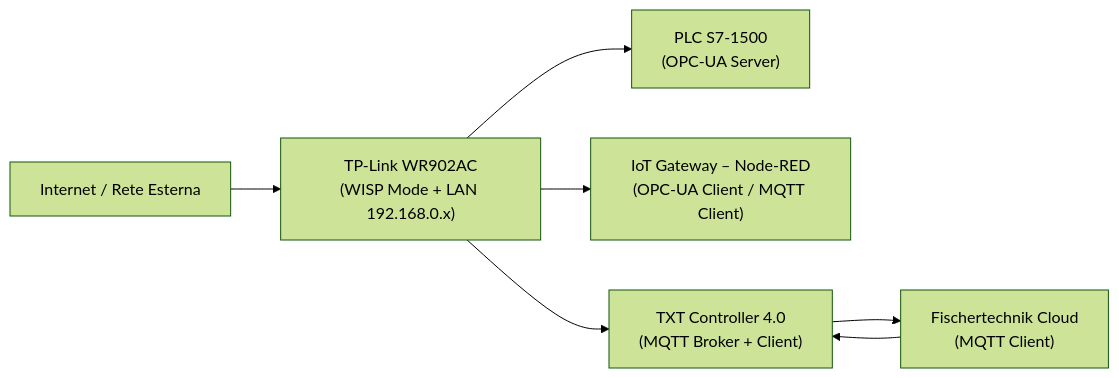
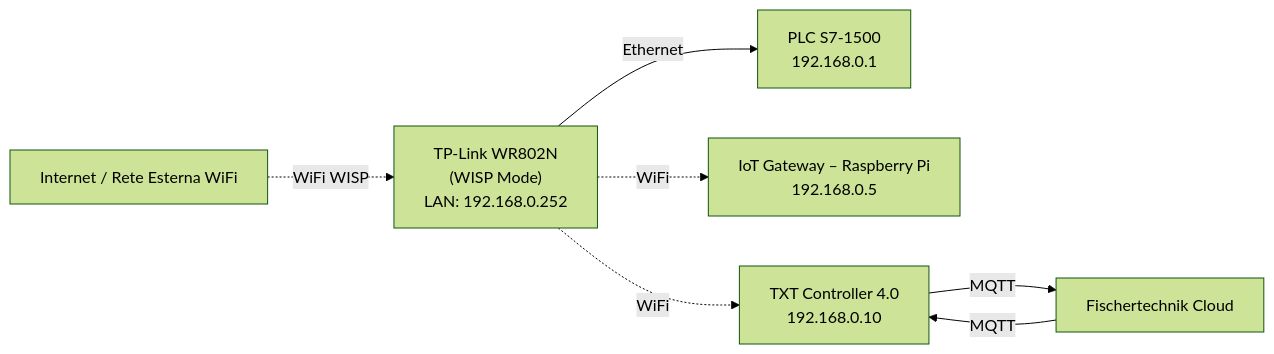
Before and after one commit to Youss-elji/my-vault: the diagram in microfactory-fischertechnik/02_Componenti_Hardware/02.10_TPLink_Router_WR902AC.md.md, drawn with Mermaid (forest theme). The commit also changed other lines of this file and 45 other files, not shown here.

````diff
--- a/microfactory-fischertechnik/02_Componenti_Hardware/02.10_TPLink_Router_WR902AC.md.md
+++ b/microfactory-fischertechnik/02_Componenti_Hardware/02.10_TPLink_Router_WR902AC.md.md
@@ -109,19 +167,18 @@
 ```mermaid
 flowchart LR
-  INTERNET["Internet / Rete Esterna"]
-  ROUTER["TP-Link WR902AC<br>(WISP Mode + LAN 192.168.0.x)"]
-  PLC["PLC S7-1500<br>(OPC-UA Server)"]
-  GATEWAY["IoT Gateway – Node-RED<br>(OPC-UA Client / MQTT Client)"]
-  TXT["TXT Controller 4.0<br>(MQTT Broker + Client)"]
-  CLOUD["Fischertechnik Cloud<br>(MQTT Client)"]
+  INTERNET["Internet / Rete Esterna WiFi"]
+  ROUTER["TP-Link WR802N<br>(WISP Mode)<br>LAN: 192.168.0.252"]
+  PLC["PLC S7-1500<br>192.168.0.1"]
+  GATEWAY["IoT Gateway – Raspberry Pi<br>192.168.0.5"]
+  TXT["TXT Controller 4.0<br>192.168.0.10"]
+  CLOUD["Fischertechnik Cloud"]
 
-  INTERNET --> ROUTER
+  INTERNET -.WiFi WISP.-> ROUTER
 
-  ROUTER --> PLC
-  ROUTER --> GATEWAY
-  ROUTER --> TXT
+  ROUTER --Ethernet--> PLC
+  ROUTER -.WiFi.-> GATEWAY
+  ROUTER -.WiFi.-> TXT
 
-  TXT --> CLOUD
-  CLOUD --> TXT
-
+  TXT --MQTT--> CLOUD
+  CLOUD --MQTT--> TXT
 ```
````
